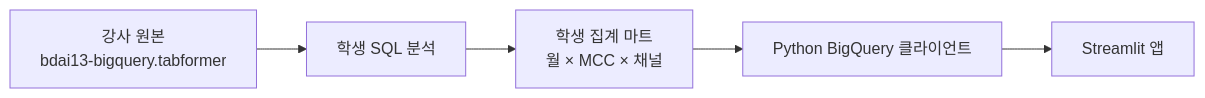
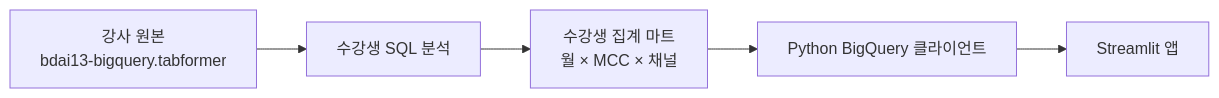
One commit to Eunjung-Cho/bdai13-bigquery changed the second of 2 diagrams in docs/reference/dashboard-connection.md. Above: the diagram before and after it, drawn with Mermaid. The commit also changed other lines of this file and 21 other files, not shown here.

````diff
--- a/docs/reference/dashboard-connection.md
+++ b/docs/reference/dashboard-connection.md
@@ -15,7 +62,7 @@
 ```mermaid
 flowchart LR
-    R["강사 원본<br/>bdai13-bigquery.tabformer"] --> S[학생 SQL 분석]
-    S --> M["학생 집계 마트<br/>월 × MCC × 채널"]
+    R["강사 원본<br/>bdai13-bigquery.tabformer"] --> S[수강생 SQL 분석]
+    S --> M["수강생 집계 마트<br/>월 × MCC × 채널"]
     M --> P[Python BigQuery 클라이언트]
     P --> A[Streamlit 앱]
 ```
````
